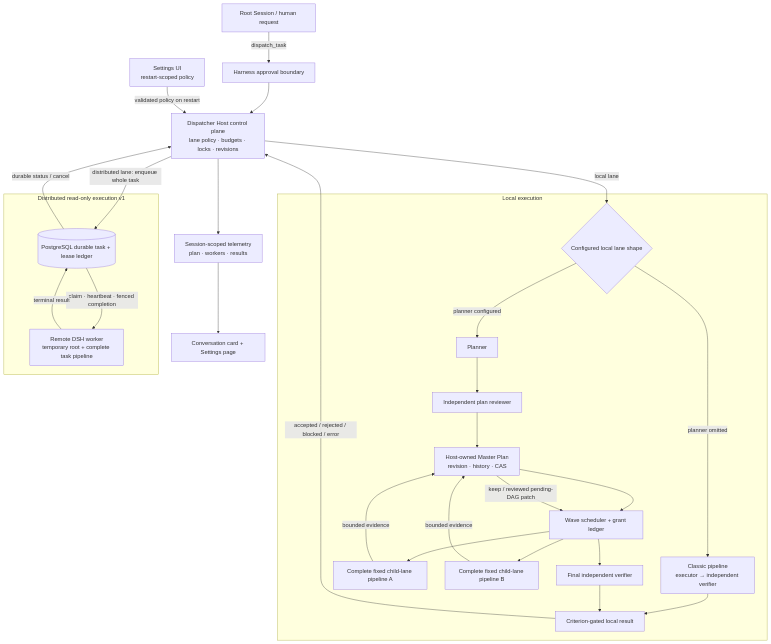
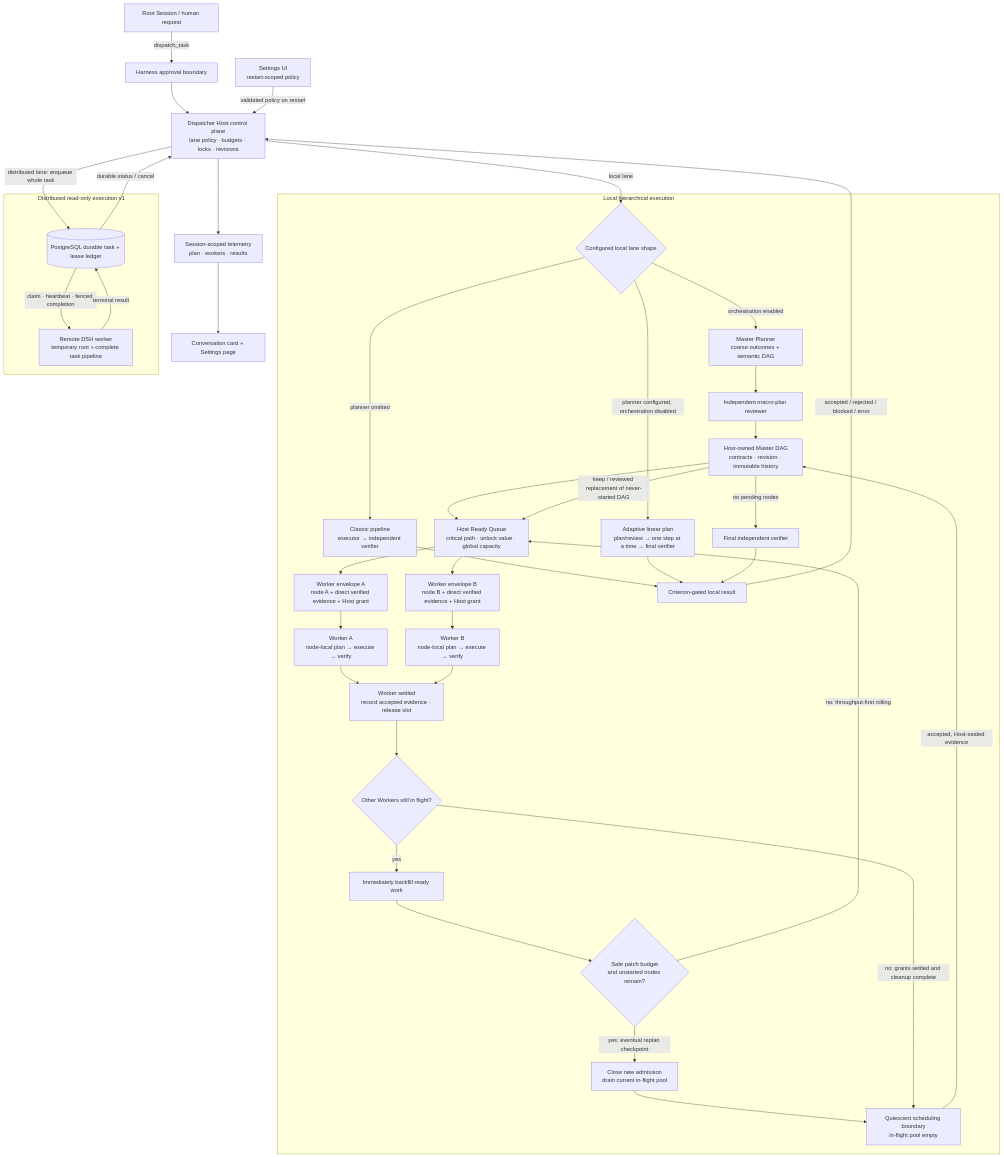
Before and after one commit to c4pt0r/dsh-task-dispatcher: the first of 2 diagrams in README.md, drawn with Mermaid. The commit also changed other lines of this file and 15 other files, not shown here.

Commit message:
feat: add hierarchical macro scheduling

````diff
--- a/README.md
+++ b/README.md
@@ -105,49 +114,63 @@
 ```mermaid
 flowchart TB
   User["Root Session / human request"]
   Approval["Harness approval boundary"]
   Settings["Settings UI<br/>restart-scoped policy"]
   Host["Dispatcher Host control plane<br/>lane policy · budgets · locks · revisions"]
   Telemetry["Session-scoped telemetry<br/>plan · workers · results"]
   Web["Conversation card + Settings page"]
 
   User -->|"dispatch_task"| Approval --> Host
   Settings -->|"validated policy on restart"| Host
   Host --> Telemetry --> Web
 
-  subgraph Local["Local execution"]
+  subgraph Local["Local hierarchical execution"]
     LocalShape{"Configured local lane shape"}
     Classic["Classic pipeline<br/>executor → independent verifier"]
-    Planner["Planner"]
-    PlanReview["Independent plan reviewer"]
-    Plan["Host-owned Master Plan<br/>revision · history · CAS"]
-    Scheduler["Wave scheduler + grant ledger"]
-    ChildA["Complete fixed child-lane pipeline A"]
-    ChildB["Complete fixed child-lane pipeline B"]
+    Adaptive["Adaptive linear plan<br/>plan/review → one step at a time → final verifier"]
+    Master["Master Planner<br/>coarse outcomes + semantic DAG"]
+    PlanReview["Independent macro-plan reviewer"]
+    Plan["Host-owned Master DAG<br/>contracts · revision · immutable history"]
+    Scheduler["Host Ready Queue<br/>critical path · unlock value · global capacity"]
+    GrantA["Worker envelope A<br/>node A + direct verified evidence + Host grant"]
+    GrantB["Worker envelope B<br/>node B + direct verified evidence + Host grant"]
+    ChildA["Worker A<br/>node-local plan → execute → verify"]
+    ChildB["Worker B<br/>node-local plan → execute → verify"]
+    Settled["Worker settled<br/>record accepted evidence · release slot"]
+    InFlight{"Other Workers still in flight?"}
+    Backfill["Immediately backfill ready work"]
+    Checkpoint{"Safe patch budget<br/>and unstarted nodes remain?"}
+    Drain["Close new admission<br/>drain current in-flight pool"]
+    Barrier["Quiescent scheduling boundary<br/>in-flight pool empty"]
     Final["Final independent verifier"]
     LocalResult["Criterion-gated local result"]
 
     LocalShape -->|"planner omitted"| Classic --> LocalResult
-    LocalShape -->|"planner configured"| Planner
-    Planner --> PlanReview --> Plan
+    LocalShape -->|"planner configured, orchestration disabled"| Adaptive --> LocalResult
+    LocalShape -->|"orchestration enabled"| Master
+    Master --> PlanReview --> Plan
     Plan --> Scheduler
-    Scheduler --> ChildA
-    Scheduler --> ChildB
-    ChildA -->|"bounded evidence"| Plan
-    ChildB -->|"bounded evidence"| Plan
-    Plan -->|"keep / reviewed pending-DAG patch"| Scheduler
-    Scheduler --> Final --> LocalResult
+    Scheduler --> GrantA --> ChildA --> Settled
+    Scheduler --> GrantB --> ChildB --> Settled
+    Settled --> InFlight
+    InFlight -->|"yes"| Backfill --> Checkpoint
+    Checkpoint -->|"no: throughput-first rolling"| Scheduler
+    Checkpoint -->|"yes: eventual replan checkpoint"| Drain --> Barrier
+    InFlight -->|"no: grants settled and cleanup complete"| Barrier
+    Barrier -->|"accepted, Host-sealed evidence"| Plan
+    Plan -->|"keep / reviewed replacement of never-started DAG"| Scheduler
+    Plan -->|"no pending nodes"| Final --> LocalResult
   end
 
   subgraph Distributed["Distributed read-only execution v1"]
     Store[("PostgreSQL durable task + lease ledger")]
     Worker["Remote DSH worker<br/>temporary root + complete task pipeline"]
     Store -->|"claim · heartbeat · fenced completion"| Worker
     Worker -->|"terminal result"| Store
   end
 
   Host -->|"local lane"| LocalShape
   Host -->|"distributed lane: enqueue whole task"| Store
   LocalResult -->|"accepted / rejected / blocked / error"| Host
   Store -->|"durable status / cancel"| Host
 ```
````
